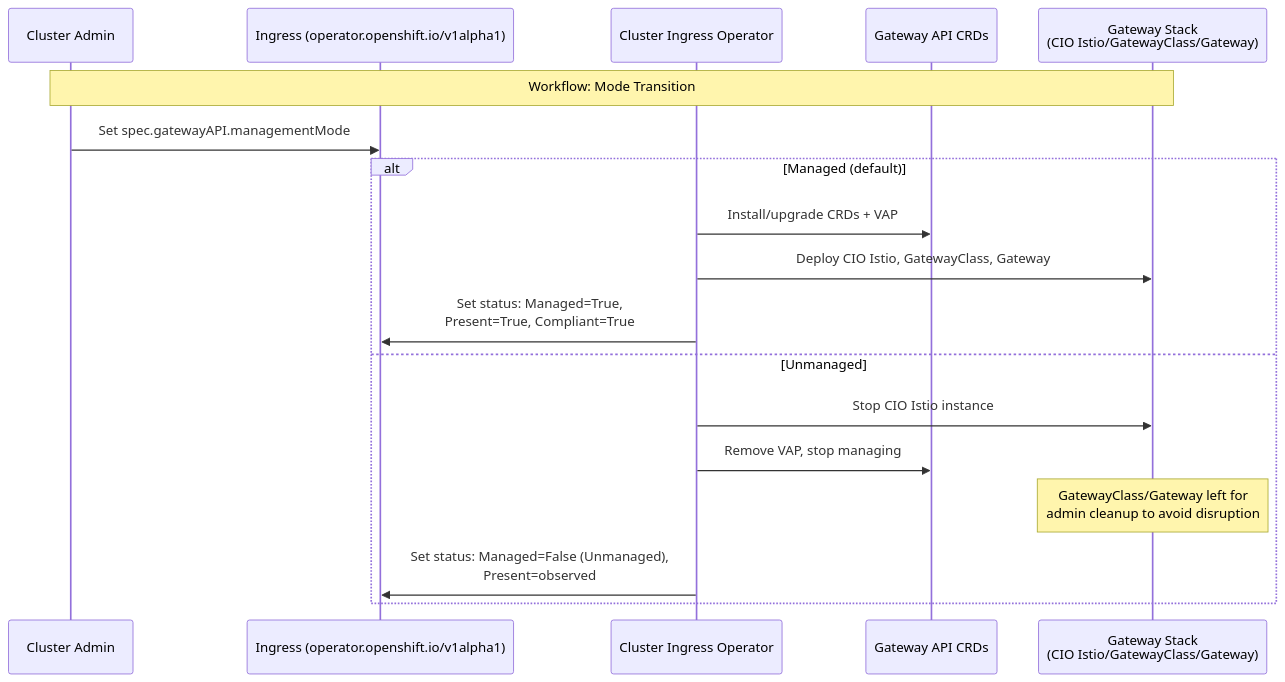
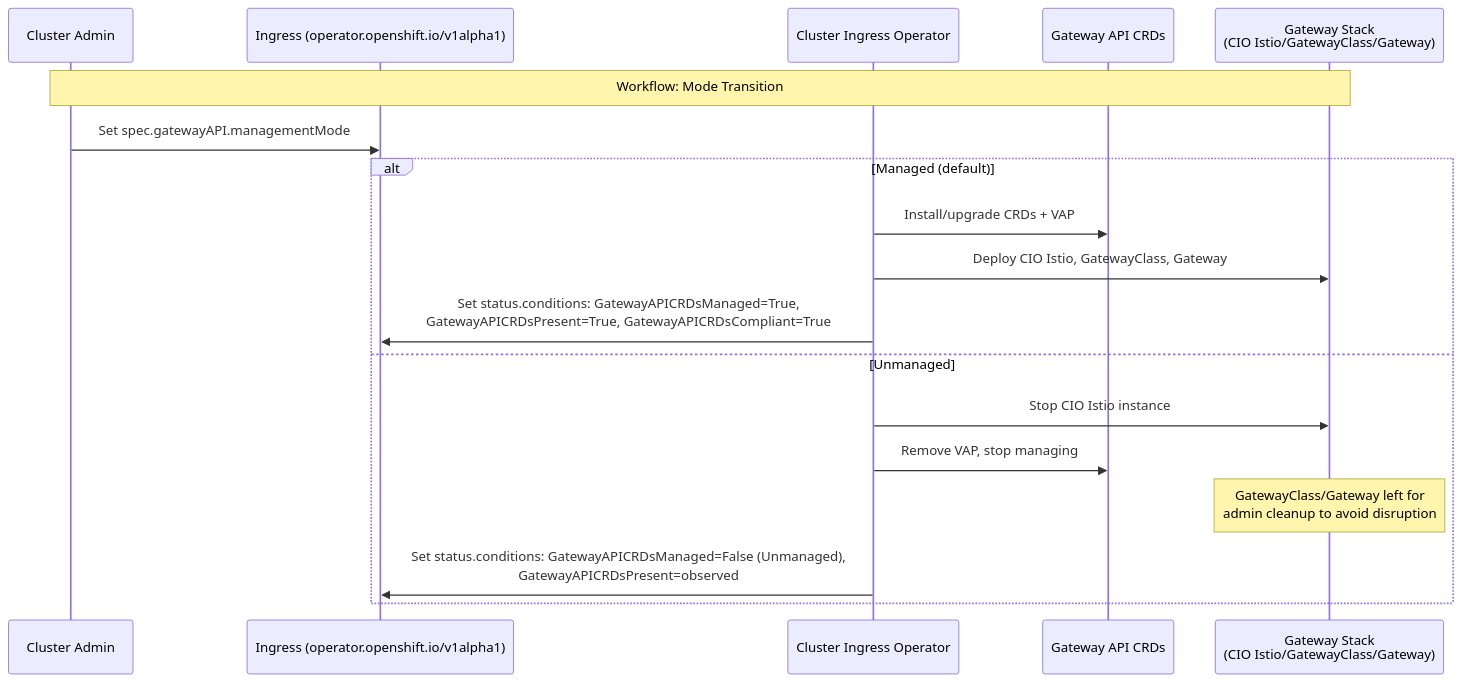
The diagram in enhancements/ingress/gateway-api-crd-management-mode.md (openshift/enhancements), drawn with Mermaid before and after one commit. The commit also changed other lines of this file, not shown here.

Commit message:
gatewayapi: flatten conditions on the new ingress resource

````diff
--- a/enhancements/ingress/gateway-api-crd-management-mode.md
+++ b/enhancements/ingress/gateway-api-crd-management-mode.md
@@ -243,22 +244,22 @@
 ```mermaid
 sequenceDiagram
     participant Admin as Cluster Admin
     participant IC as Ingress (operator.openshift.io/v1alpha1)
     participant CIO as Cluster Ingress Operator
     participant CRDs as Gateway API CRDs
     participant GW as Gateway Stack<br/>(CIO Istio/GatewayClass/Gateway)
 
     Note over Admin,GW: Workflow: Mode Transition
     Admin->>IC: Set spec.gatewayAPI.managementMode
 
     alt Managed (default)
         CIO->>CRDs: Install/upgrade CRDs + VAP
         CIO->>GW: Deploy CIO Istio, GatewayClass, Gateway
-        CIO->>IC: Set status: Managed=True,<br/>Present=True, Compliant=True
+        CIO->>IC: Set status.conditions: GatewayAPICRDsManaged=True,<br/>GatewayAPICRDsPresent=True, GatewayAPICRDsCompliant=True
     else Unmanaged
         CIO->>GW: Stop CIO Istio instance
         CIO->>CRDs: Remove VAP, stop managing
         Note over GW: GatewayClass/Gateway left for<br/>admin cleanup to avoid disruption
-        CIO->>IC: Set status: Managed=False (Unmanaged),<br/>Present=observed
+        CIO->>IC: Set status.conditions: GatewayAPICRDsManaged=False (Unmanaged),<br/>GatewayAPICRDsPresent=observed
     end
 ```
````
